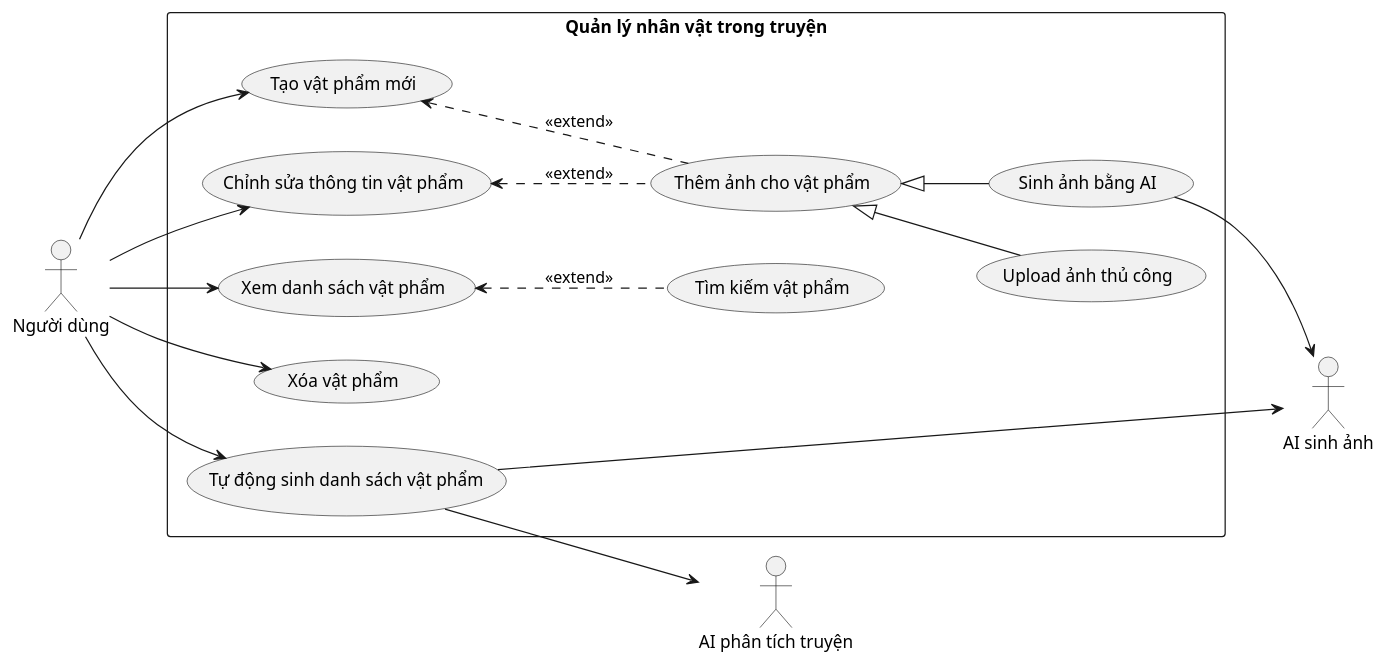
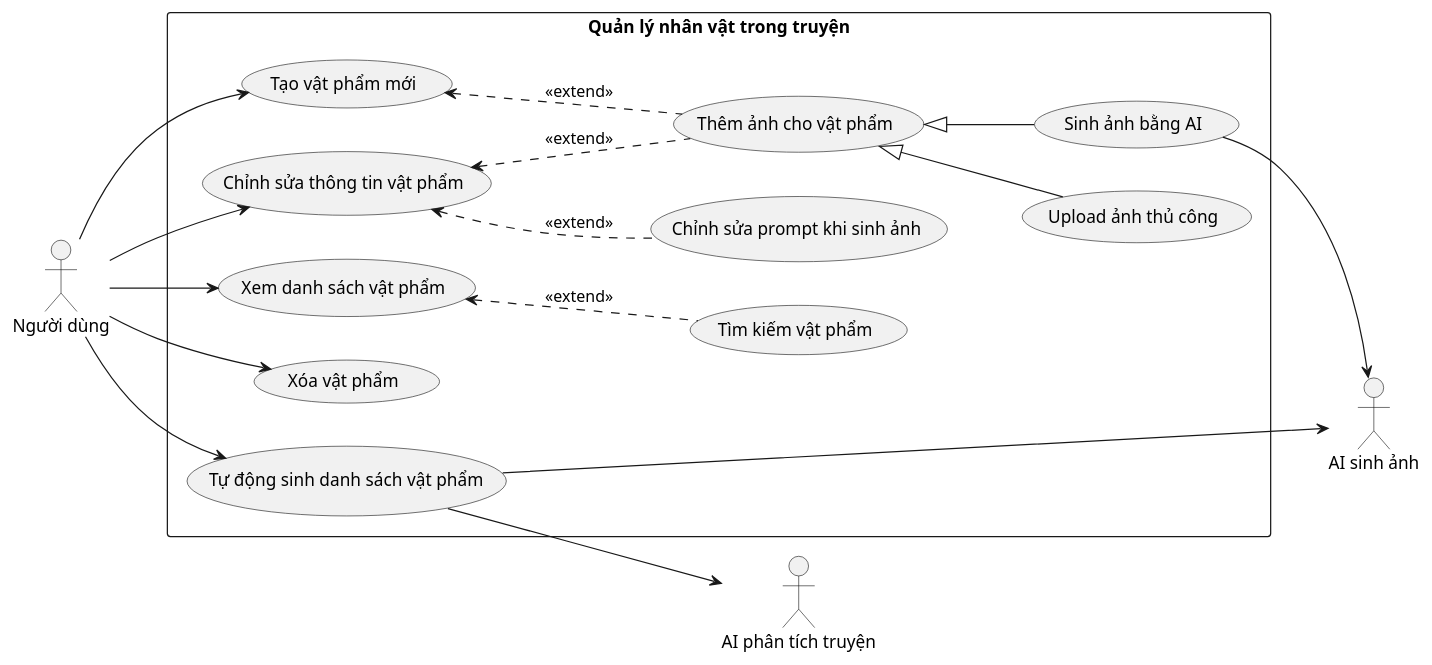
One commit to 202416852-anhpv/story2video-docs changed the diagram in docs/bieu-do-uc/bieu-do-uc-chi-tiet/viet-anh/xay-dung-the-gioi-truyen/quan-ly-vat-pham.puml. Above: the diagram before and after it, drawn with PlantUML. The commit also changed 4 other files, not shown here.

```diff
--- a/docs/bieu-do-uc/bieu-do-uc-chi-tiet/viet-anh/xay-dung-the-gioi-truyen/quan-ly-vat-pham.puml
+++ b/docs/bieu-do-uc/bieu-do-uc-chi-tiet/viet-anh/xay-dung-the-gioi-truyen/quan-ly-vat-pham.puml
@@ -1,35 +1,37 @@
 @startuml quan-ly-nhan-vat
 left to right direction
 
 actor "Người dùng" as User
 actor "AI sinh ảnh" as AI_IMG
 actor "AI phân tích truyện" as AI_LLM
 
 rectangle "Quản lý nhân vật trong truyện" {
     usecase "Tạo vật phẩm mới" as UC_01
     usecase "Chỉnh sửa thông tin vật phẩm" as UC_02
     usecase "Xem danh sách vật phẩm" as UC_03
     usecase "Xóa vật phẩm" as UC_04
     usecase "Tìm kiếm vật phẩm" as UC_05
     usecase "Thêm ảnh cho vật phẩm" as UC_06
     usecase "Upload ảnh thủ công" as UC_07
     usecase "Sinh ảnh bằng AI" as UC_08
     usecase "Tự động sinh danh sách vật phẩm" as UC_09
+    usecase "Chỉnh sửa prompt khi sinh ảnh" as UC_10
 }
 
 User --> UC_01
 User --> UC_02
 User --> UC_03
 User --> UC_04
 User --> UC_09
 UC_09 --> AI_IMG
 UC_09 --> AI_LLM
 UC_08 --> AI_IMG
 
 UC_03 <.. UC_05 : <<extend>>
 UC_01 <.. UC_06 : <<extend>>
 UC_02 <.. UC_06 : <<extend>>
+UC_02 <.. UC_10 : <<extend>>
 UC_06 <|-- UC_07
 UC_06 <|-- UC_08
 
 @enduml
```
